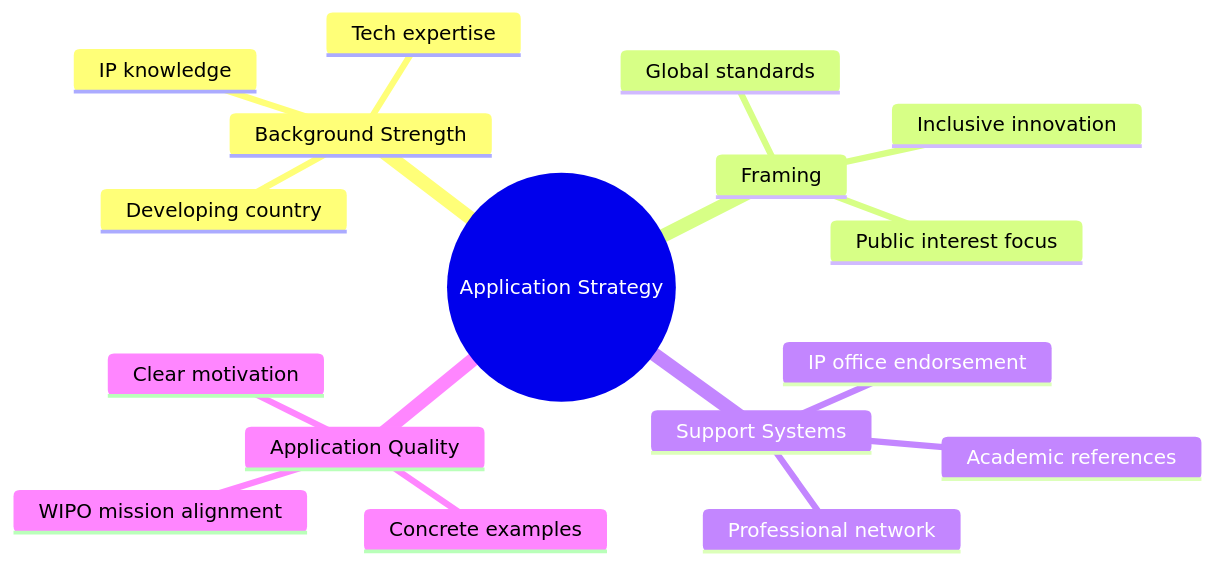
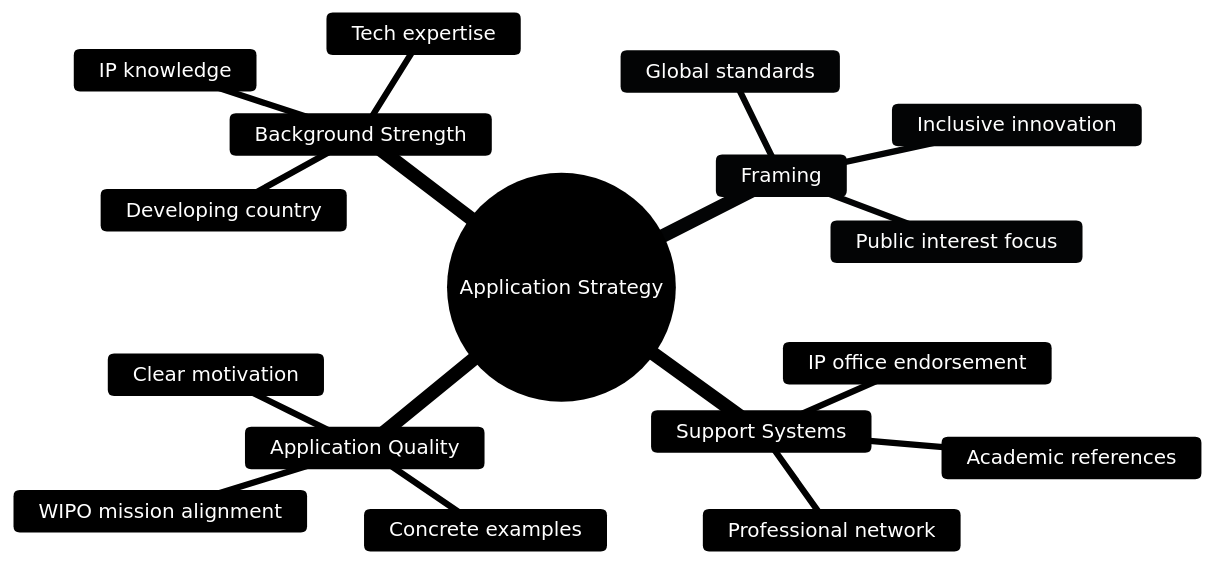
Before and after one commit to rsrini7/Learnings: the seventh of 9 diagrams in News/WIPO-International-Fellowship.md, drawn with Mermaid. The commit also changed other lines of this file, not shown here.

First line of the commit message:
style: update color schemes in documentation diagrams

````diff
--- a/News/WIPO-International-Fellowship.md
+++ b/News/WIPO-International-Fellowship.md
@@ -510,20 +510,22 @@
 ```mermaid
 mindmap
   root((Application Strategy))
     Background Strength
       Tech expertise
       IP knowledge
       Developing country
     Framing
       Public interest focus
       Global standards
       Inclusive innovation
     Support Systems
       IP office endorsement
       Academic references
       Professional network
     Application Quality
       Clear motivation
       WIPO mission alignment
       Concrete examples
+
+%%{init: {'theme':'base', 'themeVariables': { 'primaryColor':'#0F172A','primaryTextColor':'#fff','primaryBorderColor':'#38BDF8','lineColor':'#64748B','secondaryColor':'#1E293B','tertiaryColor':'#334155'}}}%%
 ```
````
